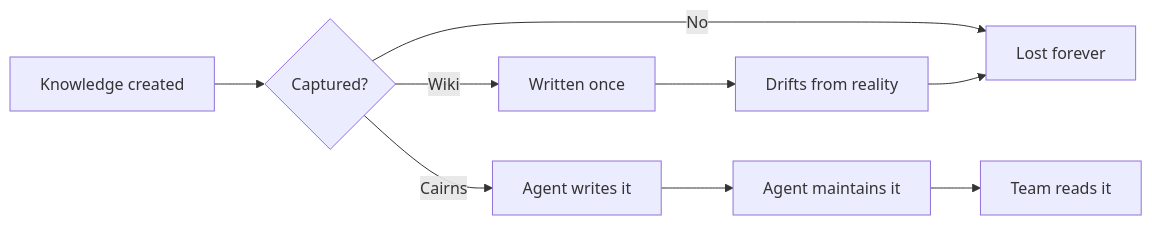
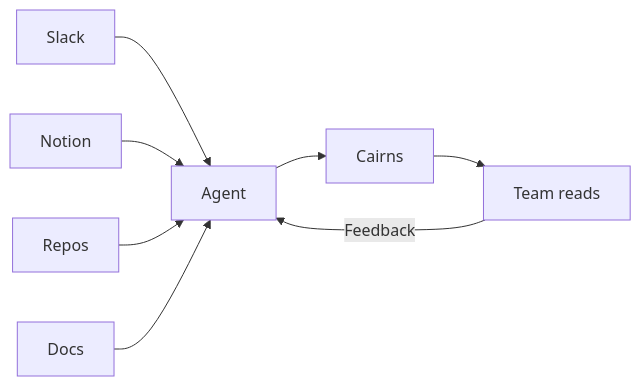
The first of 3 diagrams in src/articles/2026-04-02-what-is-cairns.md (gorewood/cairns), drawn with Mermaid before and after one commit. The commit also changed other lines of this file and 1 other file, not shown here.

First line of the commit message:
Reframe as multi-source knowledge hub, add feedback loop

````diff
--- a/src/articles/2026-04-02-what-is-cairns.md
+++ b/src/articles/2026-04-02-what-is-cairns.md
@@ -29,11 +30,10 @@
 ```mermaid
 graph LR
-    A[Knowledge created] --> B{Captured?}
-    B -->|No| C[Lost forever]
-    B -->|Wiki| D[Written once]
-    D --> E[Drifts from reality]
-    E --> C
-    B -->|Cairns| F[Agent writes it]
-    F --> G[Agent maintains it]
-    G --> H[Team reads it]
+    S[Slack] --> A[Agent]
+    N[Notion] --> A
+    R[Repos] --> A
+    D[Docs] --> A
+    A --> C[Cairns]
+    C --> T[Team reads]
+    T -->|Feedback| A
 ```
````
